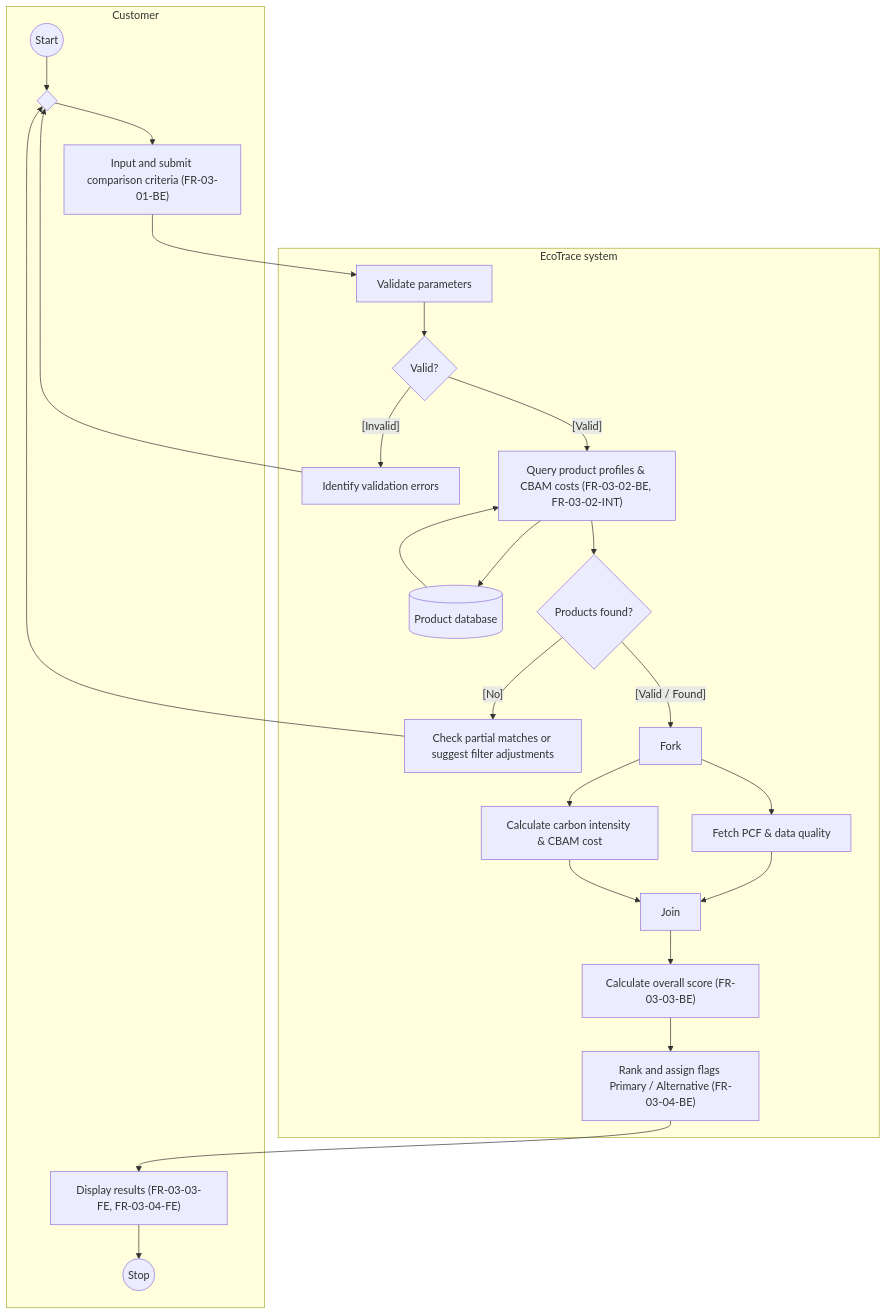
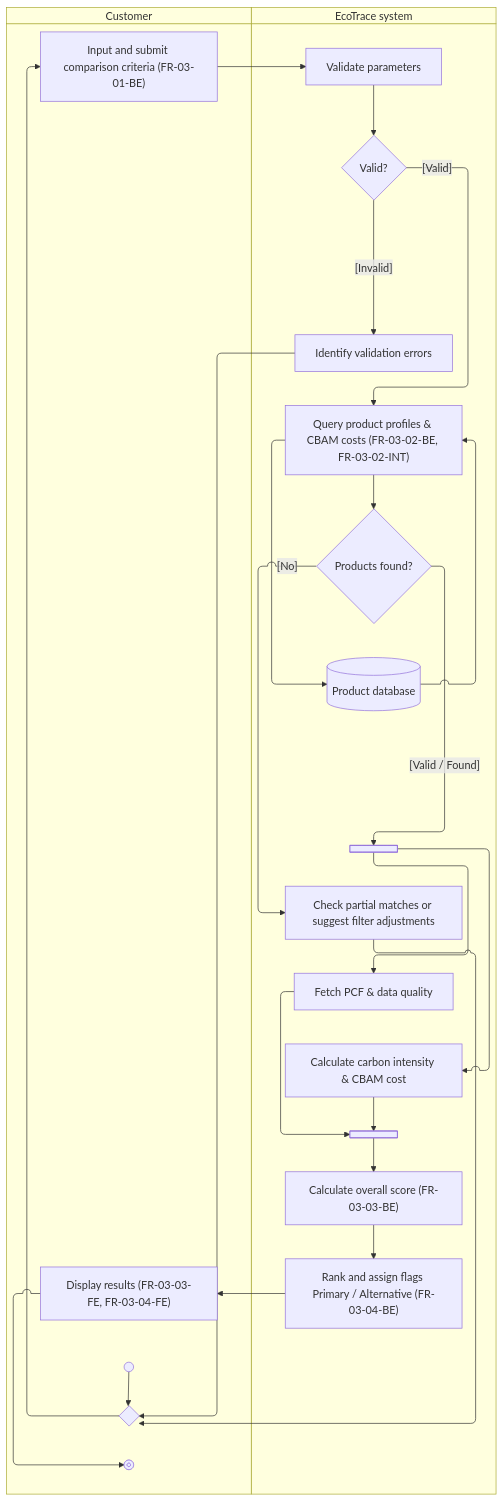
Before and after one commit to vankhanhnh-bag/HPDQ-CBAM-system: the diagram in docs/activity/AD-UC-09.md, drawn with Mermaid. The commit also changed other lines of this file, not shown here.

````diff
--- a/docs/activity/AD-UC-09.md
+++ b/docs/activity/AD-UC-09.md
@@ -20,48 +19,48 @@
 ```mermaid
-graph TB
+swimlane-beta TB
     subgraph CUST["Customer"]
-        start((Start))
+        start@{ shape: sm-circ }
         m1{" "}
         a1["Input and submit comparison criteria (FR-03-01-BE)"]
         a2["Display results (FR-03-03-FE, FR-03-04-FE)"]
-        stop1((Stop))
+        stop1@{ shape: fr-circ }
     end
 
     subgraph SYS["EcoTrace system"]
         s1["Validate parameters"]
         d1{"Valid?"}
         s2["Identify validation errors"]
         s3["Query product profiles & CBAM costs (FR-03-02-BE, FR-03-02-INT)"]
         db1[(Product database)]
         d2{"Products found?"}
         s4["Check partial matches or suggest filter adjustments"]
-        f1["Fork"]
+        f1@{ shape: fork }
         s5["Fetch PCF & data quality"]
         s6["Calculate carbon intensity & CBAM cost"]
-        j1["Join"]
+        j1@{ shape: join }
         s7["Calculate overall score (FR-03-03-BE)"]
         s8["Rank and assign flags Primary / Alternative (FR-03-04-BE)"]
     end
 
     start --> m1
     m1 --> a1
     a1 --> s1
     s1 --> d1
     d1 -->|"[Invalid]"| s2
     s2 --> m1
     d1 -->|"[Valid]"| s3
     s3 --> db1
     db1 --> s3
     s3 --> d2
     d2 -->|"[No]"| s4
     s4 --> m1
     d2 -->|"[Valid / Found]"| f1
     f1 --> s5
     f1 --> s6
     s5 --> j1
     s6 --> j1
     j1 --> s7
     s7 --> s8
     s8 --> a2
-   a2 --> stop1
+    a2 --> stop1
 ```
````
